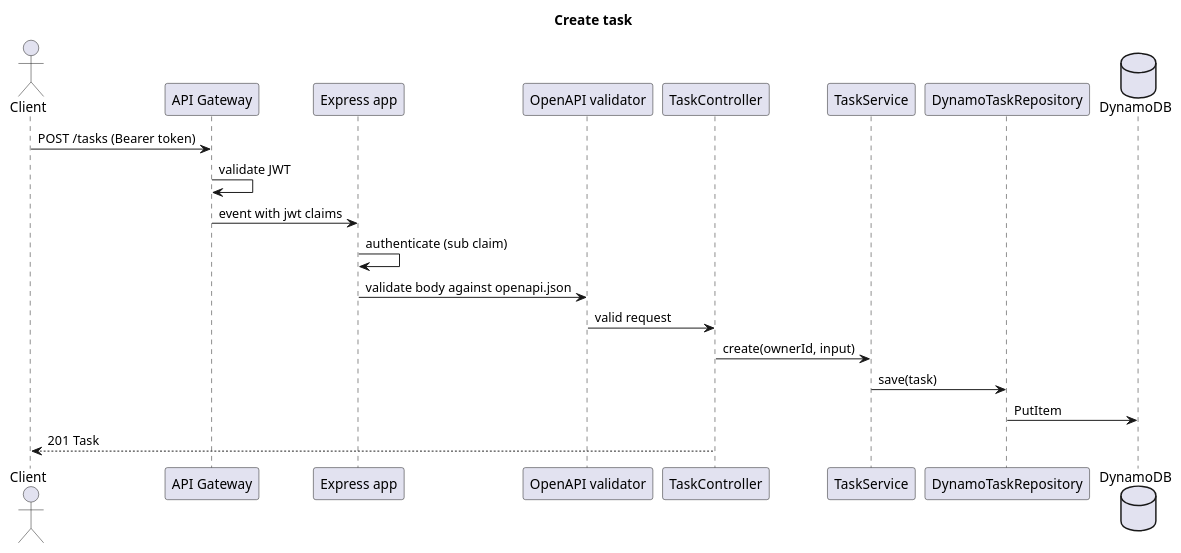
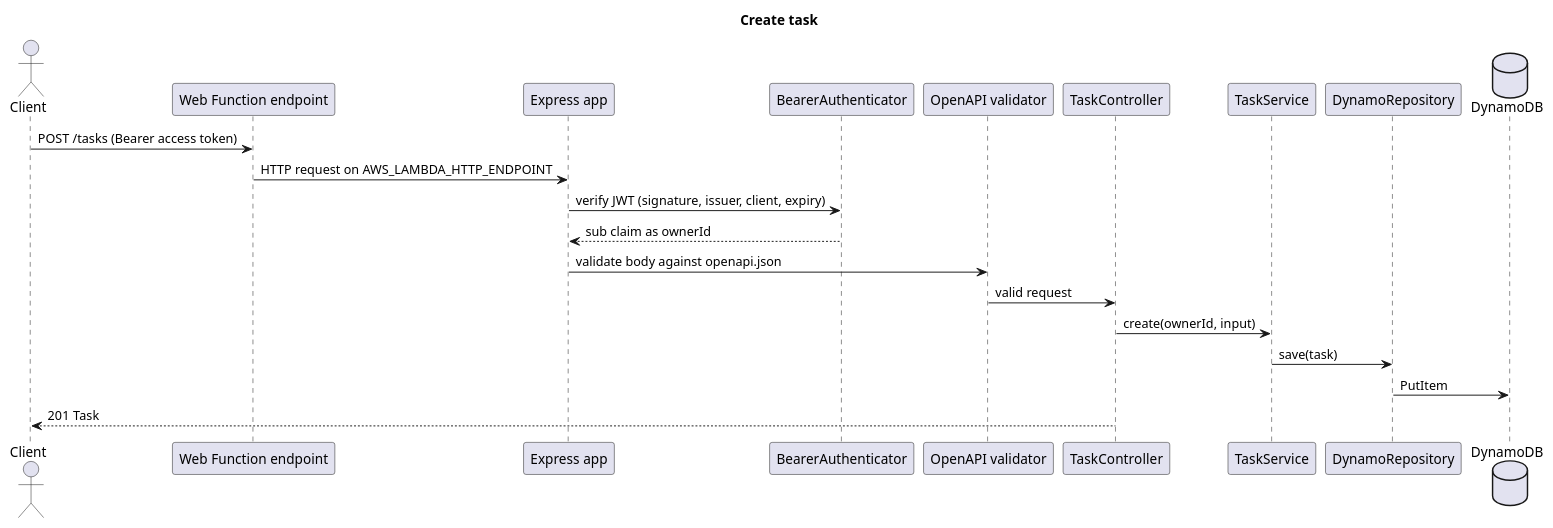
The diagram in docs/task-request.puml (oliverphardman/another-todo), drawn with PlantUML before and after one commit. The commit also changed 27 other files, not shown here.

First line of the commit message:
refactor(api)!: host the API on Lambda Web Functions instead of serverless-express

```diff
--- a/docs/task-request.puml
+++ b/docs/task-request.puml
@@ -1,23 +1,24 @@
 @startuml task-request
 title Create task
 
 actor Client
-participant "API Gateway" as Gateway
+participant "Web Function endpoint" as Endpoint
 participant "Express app" as App
+participant BearerAuthenticator as Auth
 participant "OpenAPI validator" as Validator
 participant TaskController
 participant TaskService
-participant DynamoTaskRepository as Repo
+participant DynamoRepository as Repo
 database DynamoDB
 
-Client -> Gateway : POST /tasks (Bearer token)
-Gateway -> Gateway : validate JWT
-Gateway -> App : event with jwt claims
-App -> App : authenticate (sub claim)
+Client -> Endpoint : POST /tasks (Bearer access token)
+Endpoint -> App : HTTP request on AWS_LAMBDA_HTTP_ENDPOINT
+App -> Auth : verify JWT (signature, issuer, client, expiry)
+Auth --> App : sub claim as ownerId
 App -> Validator : validate body against openapi.json
 Validator -> TaskController : valid request
 TaskController -> TaskService : create(ownerId, input)
 TaskService -> Repo : save(task)
 Repo -> DynamoDB : PutItem
 TaskController --> Client : 201 Task
 @enduml
```
